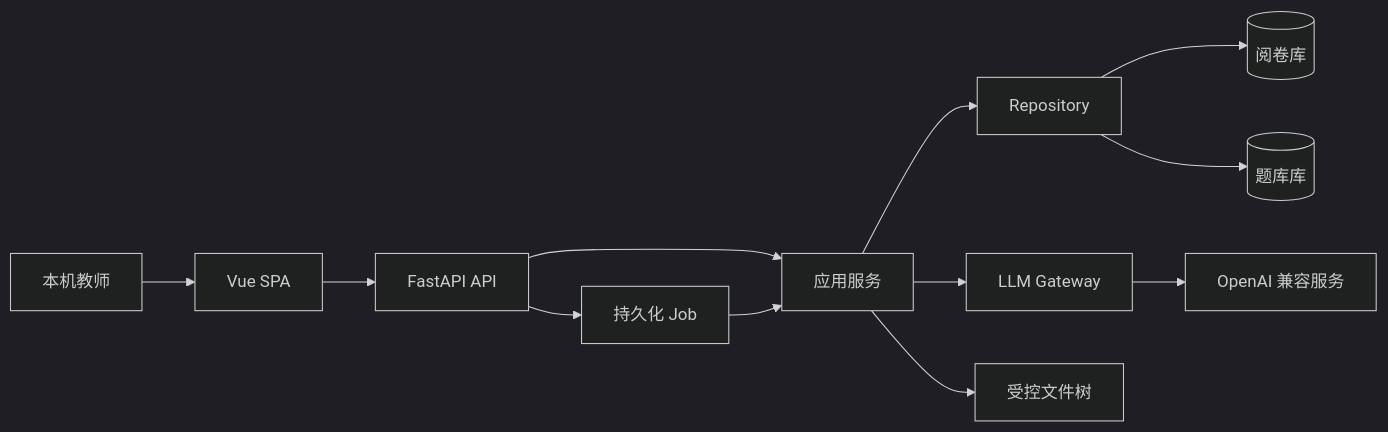
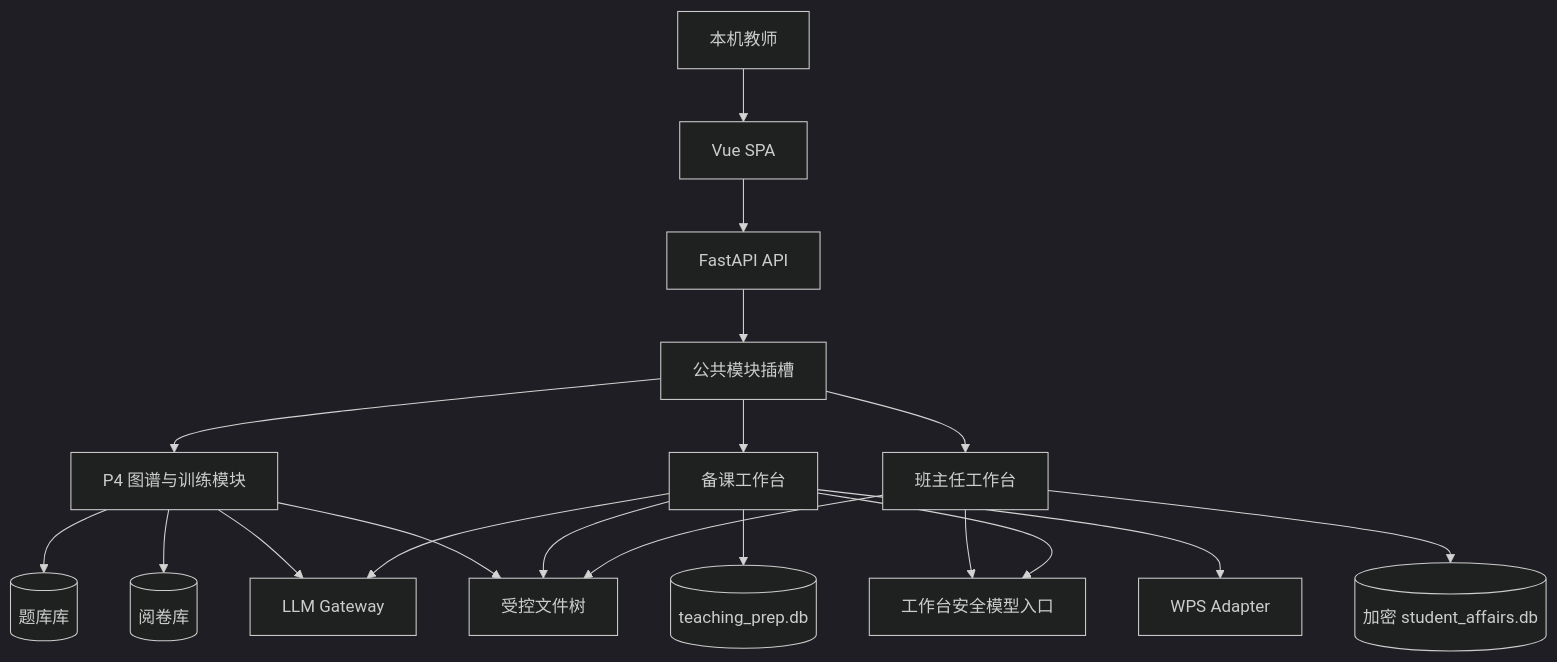
Before and after one commit to Hineni412/ai-grading-system-workstation: the diagram in docs/superpowers/plans/2026-07-03-frontend-backend-modernization-master-plan.md, drawn with Mermaid (dark theme). The commit also changed other lines of this file and 18 other files, not shown here.

````diff
--- a/docs/superpowers/plans/2026-07-03-frontend-backend-modernization-master-plan.md
+++ b/docs/superpowers/plans/2026-07-03-frontend-backend-modernization-master-plan.md
@@ -69,14 +115,21 @@
 ```mermaid
-flowchart LR
+flowchart TD
     U["本机教师"] --> V["Vue SPA"]
     V --> A["FastAPI API"]
-    A --> S["应用服务"]
-    A --> J["持久化 Job"]
-    S --> R["Repository"]
-    J --> S
-    S --> L["LLM Gateway"]
-    R --> G[("阅卷库")]
-    R --> Q[("题库库")]
-    S --> F["受控文件树"]
-    L --> E["OpenAI 兼容服务"]
+    A --> C["公共模块插槽"]
+    C --> P4["P4 图谱与训练模块"]
+    C --> TP["备课工作台"]
+    C --> CT["班主任工作台"]
+    P4 --> Q[("题库库")]
+    P4 --> G[("阅卷库")]
+    TP --> TPD[("teaching_prep.db")]
+    CT --> CTD[("加密 student_affairs.db")]
+    P4 --> L["LLM Gateway"]
+    TP --> L
+    CT --> SL["工作台安全模型入口"]
+    TP --> SL
+    TP --> W["WPS Adapter"]
+    P4 --> F["受控文件树"]
+    TP --> F
+    CT --> F
 ```
````
